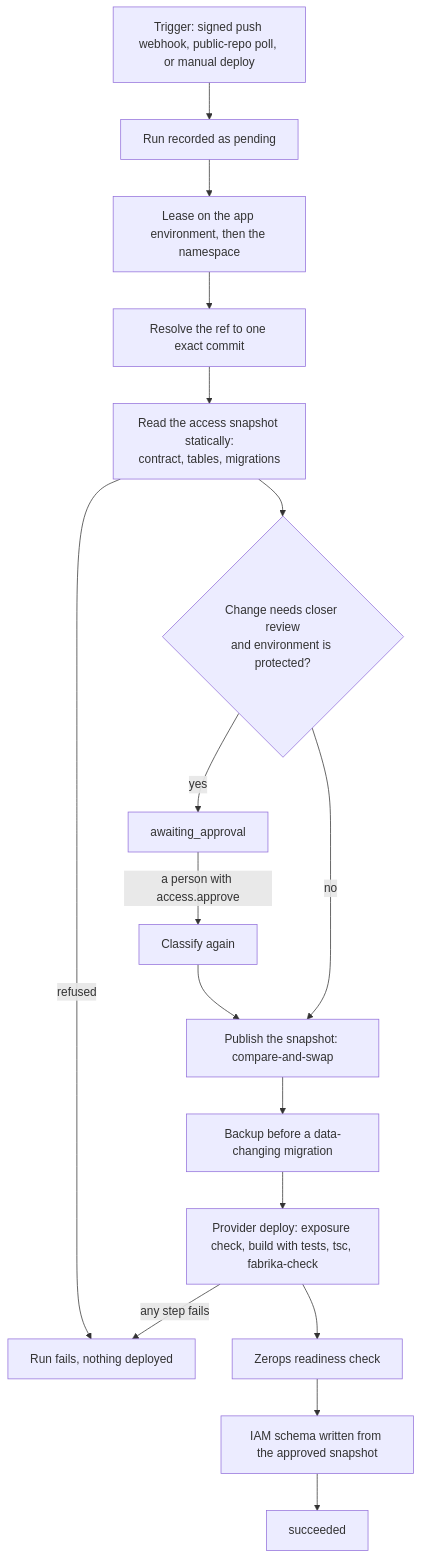
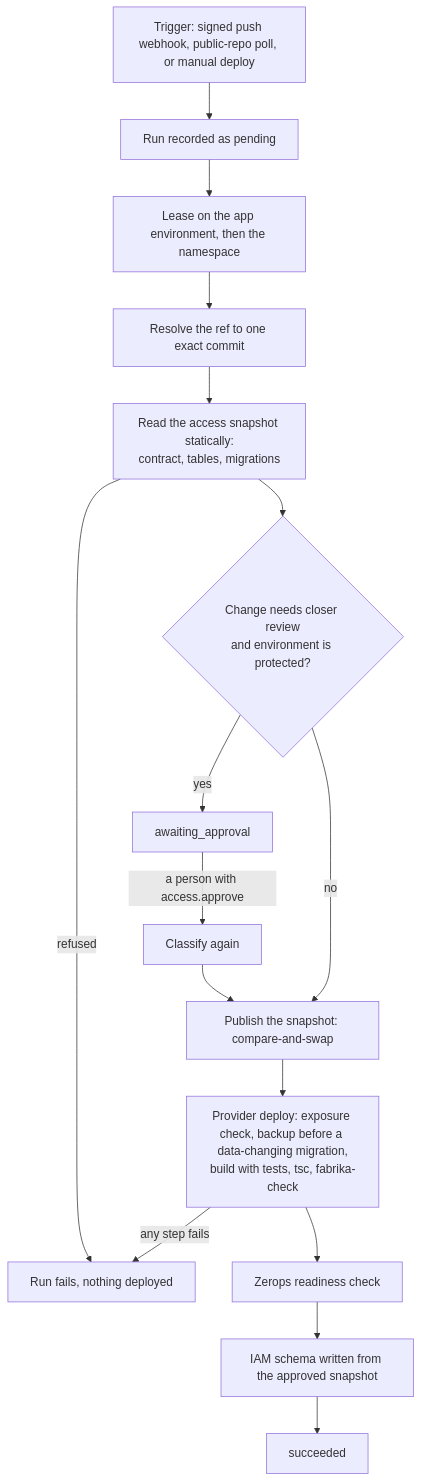
The diagram in docs/reference/security-deployment.md (contember/fabrika-platform), drawn with Mermaid before and after one commit. The commit also changed other lines of this file and 1 other file, not shown here.

````diff
--- a/docs/reference/security-deployment.md
+++ b/docs/reference/security-deployment.md
@@ -15,16 +14,15 @@
 ```mermaid
 flowchart TD
     T[Trigger: signed push webhook, public-repo poll, or manual deploy] --> R[Run recorded as pending]
     R --> L[Lease on the app environment, then the namespace]
     L --> S[Resolve the ref to one exact commit]
     S --> A[Read the access snapshot statically:<br/>contract, tables, migrations]
     A -->|refused| F[Run fails, nothing deployed]
     A --> C{Change needs closer review<br/>and environment is protected?}
     C -->|yes| W[awaiting_approval] -->|a person with access.approve| C2[Classify again]
     C2 --> P
     C -->|no| P[Publish the snapshot: compare-and-swap]
-    P --> B[Backup before a data-changing migration]
-    B --> D[Provider deploy: exposure check, build with tests, tsc, fabrika-check]
+    P --> D[Provider deploy: exposure check, backup before a data-changing migration,<br/>build with tests, tsc, fabrika-check]
     D -->|any step fails| F
     D --> H[Zerops readiness check] --> I[IAM schema written from the approved snapshot] --> OK[succeeded]
 ```
````
